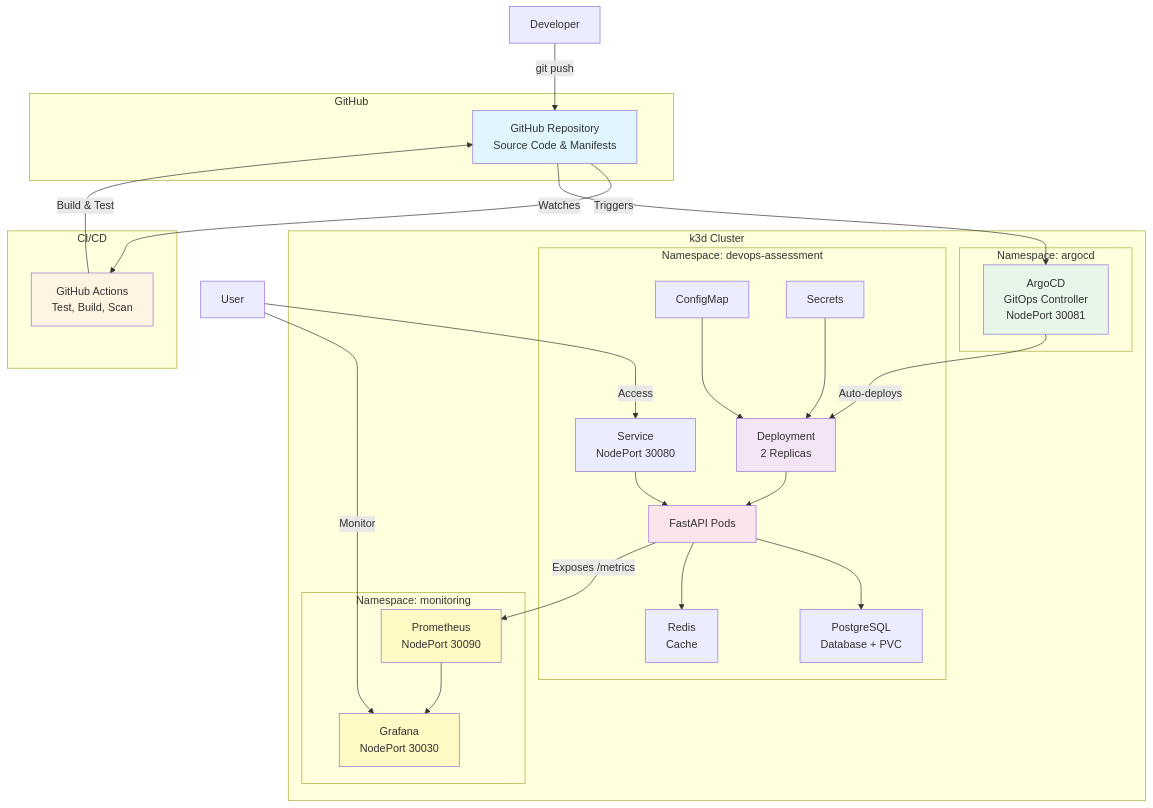
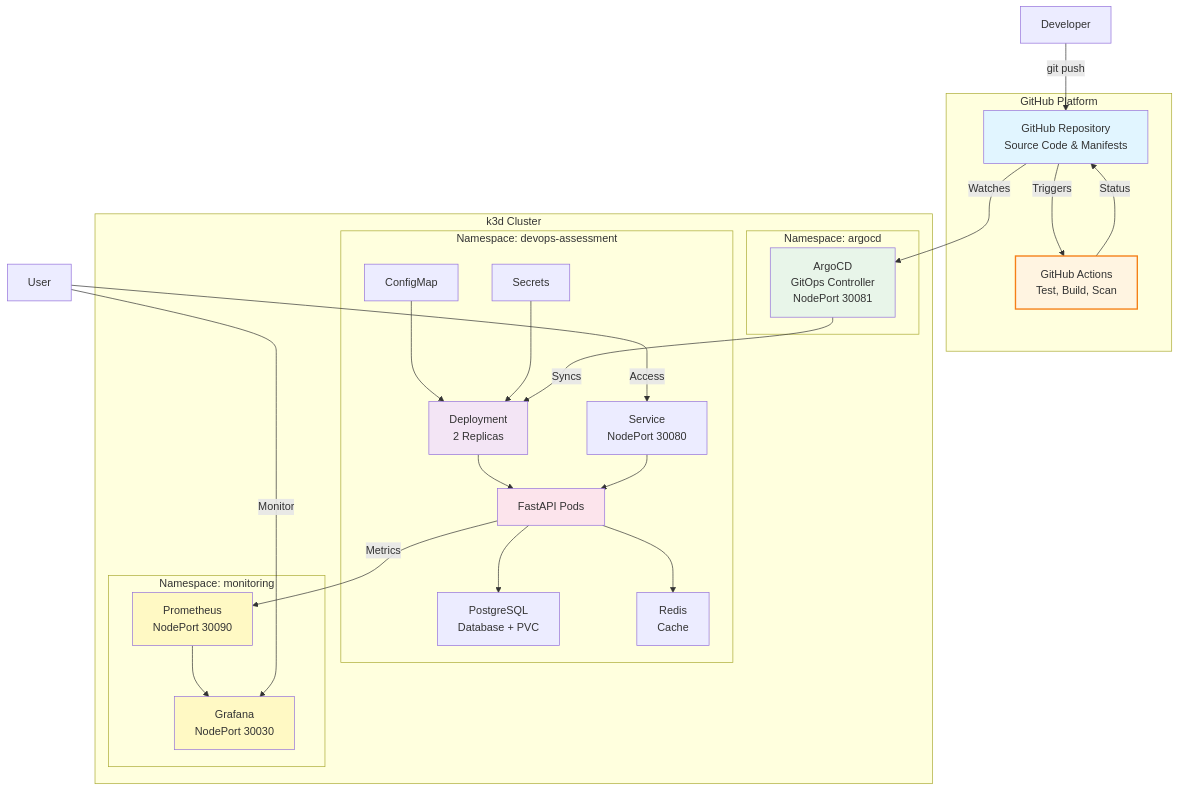
The diagram in README.md (jardahrazdera/devops-assessment), drawn with Mermaid before and after one commit. The commit also changed other lines of this file, not shown here.

Commit message:
docs: update mermaid diagram with better accuracy

````diff
--- a/README.md
+++ b/README.md
@@ -37,57 +37,71 @@
 ```mermaid
 graph TB
-    subgraph "GitHub"
+    %% --- Actors ---
+    DEV[Developer]
+    USER[User]
+
+    %% --- GitHub Platform Block ---
+    subgraph "GitHub Platform"
         REPO[GitHub Repository<br/>Source Code & Manifests]
+        GHA[GitHub Actions<br/>Test, Build, Scan]
+
+        %% CI/CD Loop
+        REPO -->|Triggers| GHA
+        GHA -->|Status| REPO
     end
 
-    subgraph "CI/CD"
-        GHA[GitHub Actions<br/>Test, Build, Scan]
-    end
-
+    %% --- k3d Cluster Block ---
     subgraph "k3d Cluster"
+        
+        %% ArgoCD Namespace
         subgraph "Namespace: argocd"
-            ARGOCD[ArgoCD<br/>GitOps Controller<br/>NodePort 30081]
+            ARGOCD[ArgoCD<br/>GitOps Controller</br>NodePort 30081]
         end
 
+        %% Application Namespace
         subgraph "Namespace: devops-assessment"
             DEPLOY[Deployment<br/>2 Replicas]
             SVC[Service<br/>NodePort 30080]
             CM[ConfigMap]
             SECRET[Secrets]
             APP[FastAPI Pods]
             PG[PostgreSQL<br/>Database + PVC]
             REDIS[Redis<br/>Cache]
 
-            CM --> DEPLOY
-            SECRET --> DEPLOY
+            %% Internal App Connections
+            CM & SECRET --> DEPLOY
             DEPLOY --> APP
             SVC --> APP
-            APP --> PG
-            APP --> REDIS
+            APP --> PG & REDIS
         end
 
+        %% Monitoring Namespace
         subgraph "Namespace: monitoring"
             PROM[Prometheus<br/>NodePort 30090]
             GRAFANA[Grafana<br/>NodePort 30030]
-
+            
             PROM --> GRAFANA
         end
     end
 
-    DEV[Developer] -->|git push| REPO
-    REPO -->|Triggers| GHA
-    GHA -->|Build & Test| REPO
+    %% --- Main Vertical Flow (The Spine) ---
+    DEV -->|git push| REPO
     REPO -->|Watches| ARGOCD
-    ARGOCD -->|Auto-deploys| DEPLOY
-    APP -->|Exposes /metrics| PROM
-    USER[User] -->|Access| SVC
+    ARGOCD -->|Syncs| DEPLOY
+
+    %% --- Secondary/Side Connections ---
+    APP -->|Metrics| PROM
+    
+    %% User access flows
+    USER -->|Access| SVC
     USER -->|Monitor| GRAFANA
 
+    %% --- Styling ---
     style REPO fill:#e1f5ff
-    style GHA fill:#fff4e1
+    style GHA fill:#fff4e1,stroke:#f57f17,stroke-width:2px
     style ARGOCD fill:#e8f5e9
     style DEPLOY fill:#f3e5f5
     style APP fill:#fce4ec
     style PROM fill:#fff9c4
     style GRAFANA fill:#fff9c4
 ```
````
